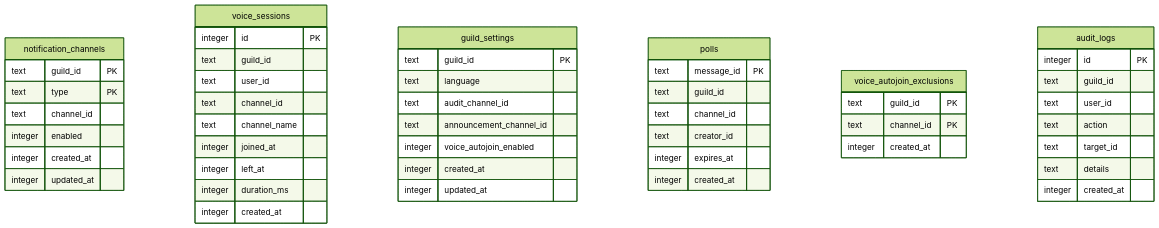
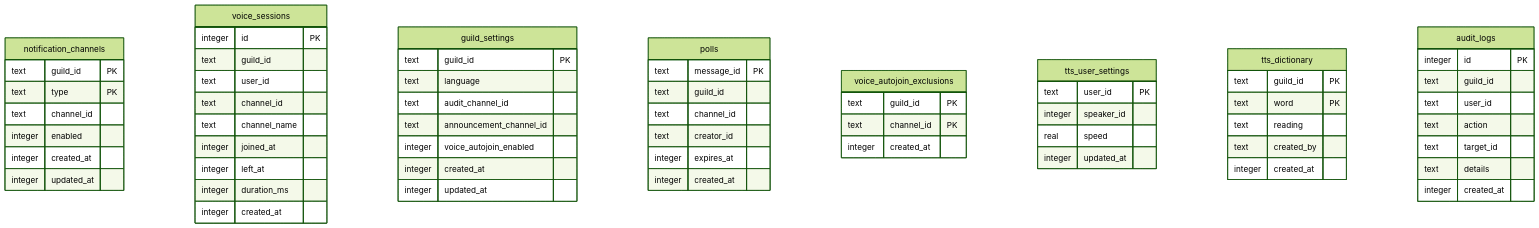
One commit to iam74k4/Bot-Discord changed the diagram in docs/database.md. Above: the diagram before and after it, drawn with Mermaid (forest theme). The commit also changed other lines of this file and 34 other files, not shown here.

````diff
--- a/docs/database.md
+++ b/docs/database.md
@@ -300,58 +300,73 @@
 ```mermaid
 erDiagram
     notification_channels {
         text guild_id PK
         text type PK
         text channel_id
         integer enabled
         integer created_at
         integer updated_at
     }
 
     voice_sessions {
         integer id PK
         text guild_id
         text user_id
         text channel_id
         text channel_name
         integer joined_at
         integer left_at
         integer duration_ms
         integer created_at
     }
 
     guild_settings {
         text guild_id PK
         text language
         text audit_channel_id
         text announcement_channel_id
         integer voice_autojoin_enabled
         integer created_at
         integer updated_at
     }
 
     polls {
         text message_id PK
         text guild_id
         text channel_id
         text creator_id
         integer expires_at
         integer created_at
     }
 
     voice_autojoin_exclusions {
         text guild_id PK
         text channel_id PK
         integer created_at
     }
 
+    tts_user_settings {
+        text user_id PK
+        integer speaker_id
+        real speed
+        integer updated_at
+    }
+
+    tts_dictionary {
+        text guild_id PK
+        text word PK
+        text reading
+        text created_by
+        integer created_at
+    }
+
     audit_logs {
         integer id PK
         text guild_id
         text user_id
         text action
         text target_id
         text details
         integer created_at
     }
 ```
````
